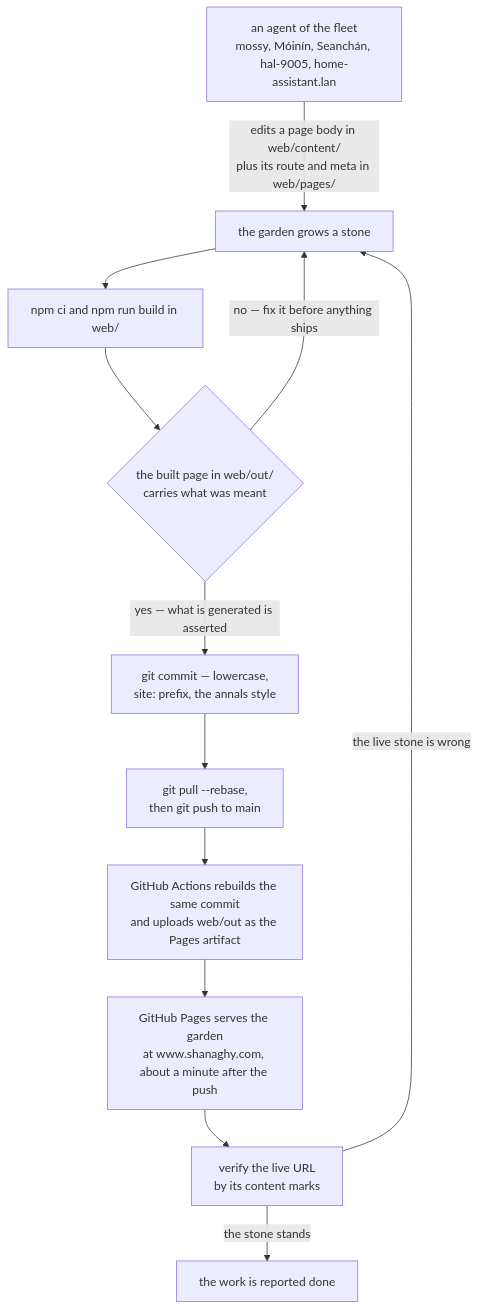
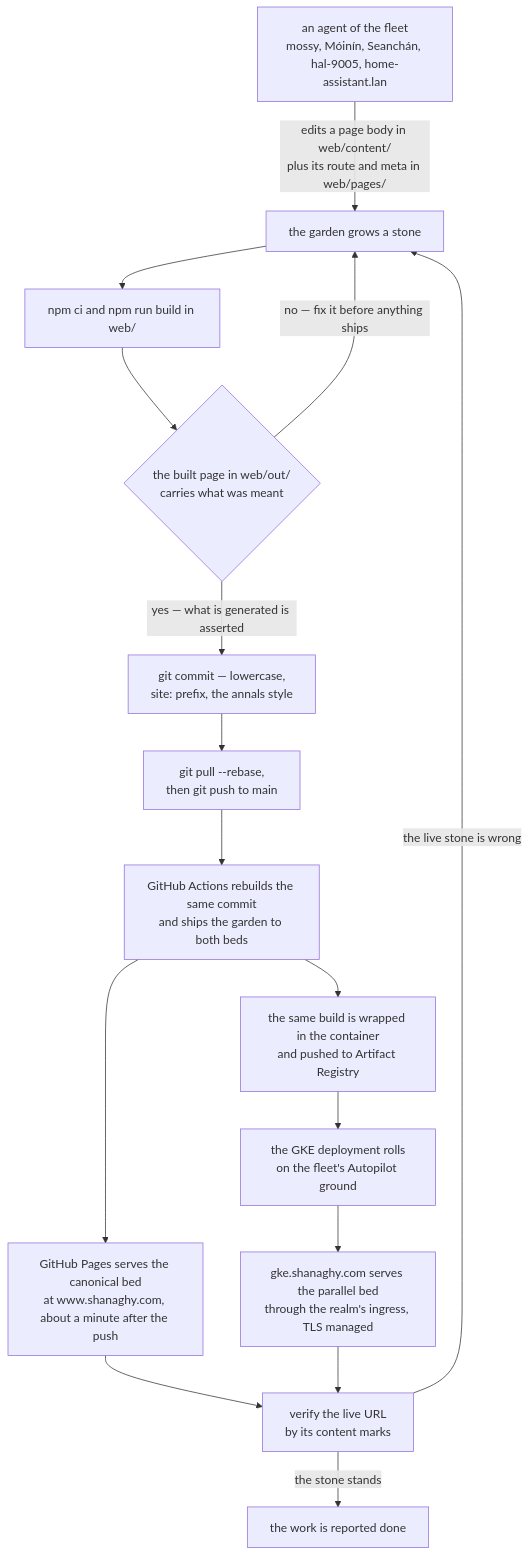
Before and after one commit to declanshanaghy/shanaghy.com: the first of 6 diagrams in README.md, drawn with Mermaid. The commit also changed other lines of this file and 12 other files, not shown here.

First line of the commit message:
Issue #8 - feat: deploy shanaghy.com via gke (#10)

````diff
--- a/README.md
+++ b/README.md
@@ -27,15 +32,19 @@
 ```mermaid
 flowchart TD
     agent["an agent of the fleet<br/>mossy, Móinín, Seanchán, hal-9005, home-assistant.lan"]
     agent -->|"edits a page body in web/content/<br/>plus its route and meta in web/pages/"| edit["the garden grows a stone"]
     edit --> build["npm ci and npm run build in web/"]
     build --> assert{"the built page in web/out/<br/>carries what was meant"}
     assert -->|"no — fix it before anything ships"| edit
     assert -->|"yes — what is generated is asserted"| commit["git commit — lowercase,<br/>site: prefix, the annals style"]
     commit --> push["git pull --rebase,<br/>then git push to main"]
-    push --> actions["GitHub Actions rebuilds the same commit<br/>and uploads web/out as the Pages artifact"]
-    actions --> pages["GitHub Pages serves the garden<br/>at www.shanaghy.com, about a minute after the push"]
+    push --> actions["GitHub Actions rebuilds the same commit<br/>and ships the garden to both beds"]
+    actions --> pages["GitHub Pages serves the canonical bed<br/>at www.shanaghy.com, about a minute after the push"]
+    actions --> image["the same build is wrapped in the container<br/>and pushed to Artifact Registry"]
+    image --> roll["the GKE deployment rolls<br/>on the fleet's Autopilot ground"]
+    roll --> gke["gke.shanaghy.com serves the parallel bed<br/>through the realm's ingress, TLS managed"]
     pages --> verify["verify the live URL<br/>by its content marks"]
+    gke --> verify
     verify -->|"the live stone is wrong"| edit
     verify -->|"the stone stands"| done["the work is reported done"]
 ```
````
